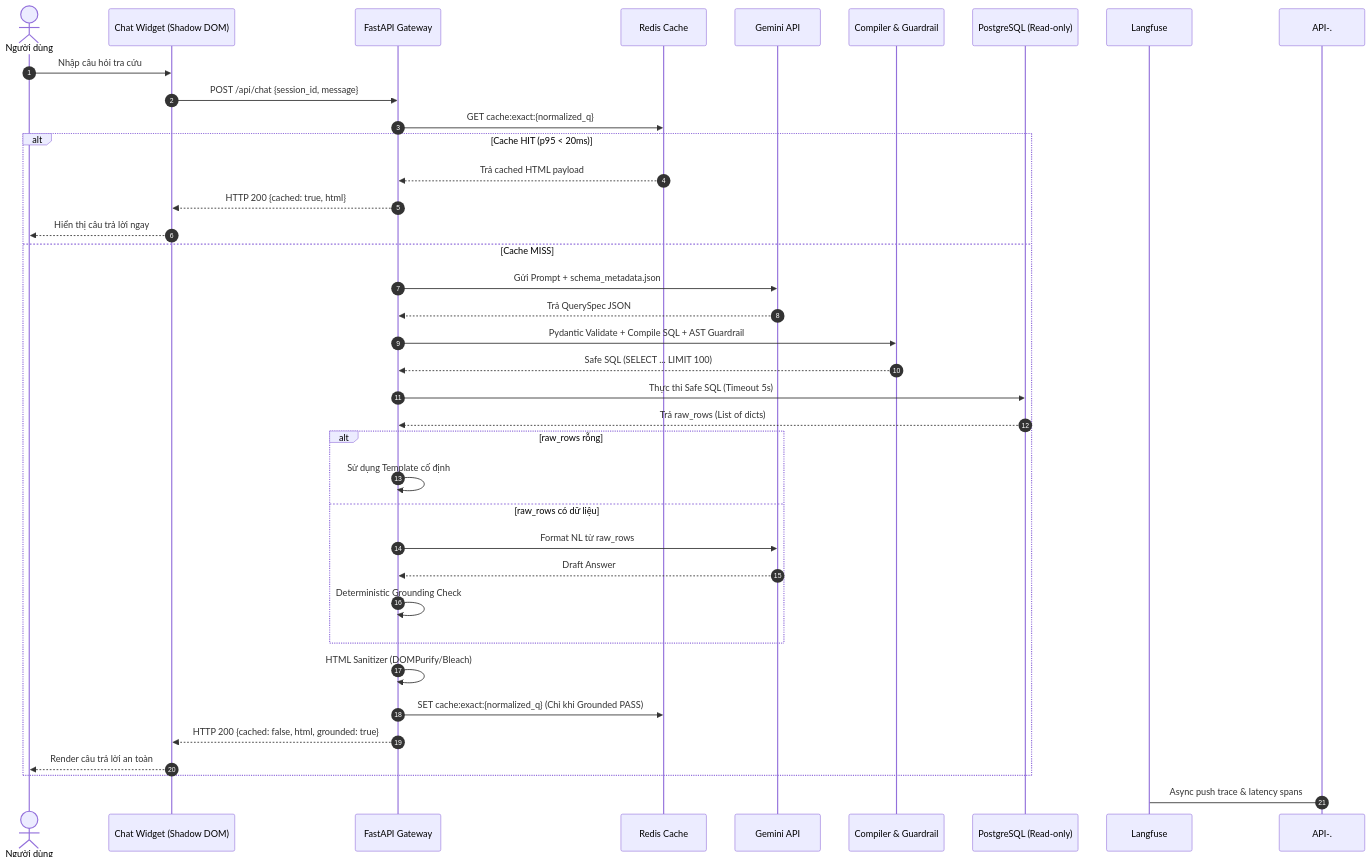
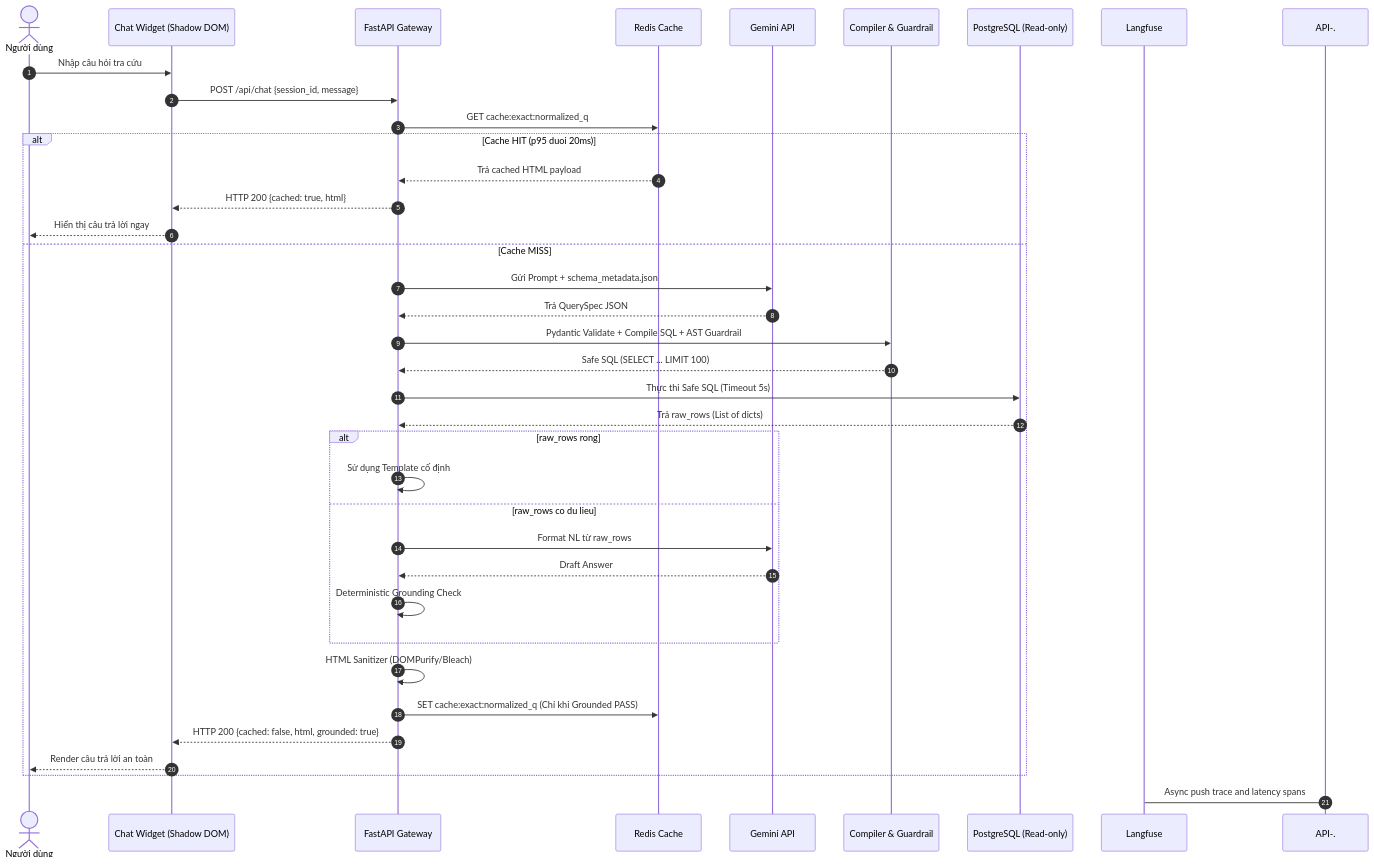
The second of 2 diagrams in documents/DAC_TA_V1_Medical_Chat_Widget.md (TrongNamNguyen/Chat_Widget), drawn with Mermaid before and after one commit. The commit also changed other lines of this file, not shown here.

````diff
--- a/documents/DAC_TA_V1_Medical_Chat_Widget.md
+++ b/documents/DAC_TA_V1_Medical_Chat_Widget.md
@@ -538,46 +538,46 @@
 ```mermaid
 sequenceDiagram
     autonumber
     actor User as Người dùng
     participant Widget as Chat Widget (Shadow DOM)
     participant API as FastAPI Gateway
     participant Redis as Redis Cache
     participant LLM as Gemini API
     participant Compiler as Compiler & Guardrail
     participant DB as PostgreSQL (Read-only)
     participant Obs as Langfuse
 
     User->>Widget: Nhập câu hỏi tra cứu
     Widget->>API: POST /api/chat {session_id, message}
     
-    API->>Redis: GET cache:exact:{normalized_q}
-    alt Cache HIT (p95 < 20ms)
+    API->>Redis: GET cache:exact:normalized_q
+    alt Cache HIT (p95 duoi 20ms)
         Redis-->>API: Trả cached HTML payload
         API-->>Widget: HTTP 200 {cached: true, html}
         Widget-->>User: Hiển thị câu trả lời ngay
     else Cache MISS
         API->>LLM: Gửi Prompt + schema_metadata.json
         LLM-->>API: Trả QuerySpec JSON
         
         API->>Compiler: Pydantic Validate + Compile SQL + AST Guardrail
         Compiler-->>API: Safe SQL (SELECT ... LIMIT 100)
         
         API->>DB: Thực thi Safe SQL (Timeout 5s)
         DB-->>API: Trả raw_rows (List of dicts)
         
-        alt raw_rows rỗng
+        alt raw_rows rong
             API->>API: Sử dụng Template cố định
-        else raw_rows có dữ liệu
+        else raw_rows co du lieu
             API->>LLM: Format NL từ raw_rows
             LLM-->>API: Draft Answer
             API->>API: Deterministic Grounding Check
         end
         
         API->>API: HTML Sanitizer (DOMPurify/Bleach)
-        API->>Redis: SET cache:exact:{normalized_q} (Chỉ khi Grounded PASS)
+        API->>Redis: SET cache:exact:normalized_q (Chỉ khi Grounded PASS)
         API-->>Widget: HTTP 200 {cached: false, html, grounded: true}
         Widget-->>User: Render câu trả lời an toàn
     end
     
-    API-.->Obs: Async push trace & latency spans
+    API-.->Obs: Async push trace and latency spans
 ```
````
